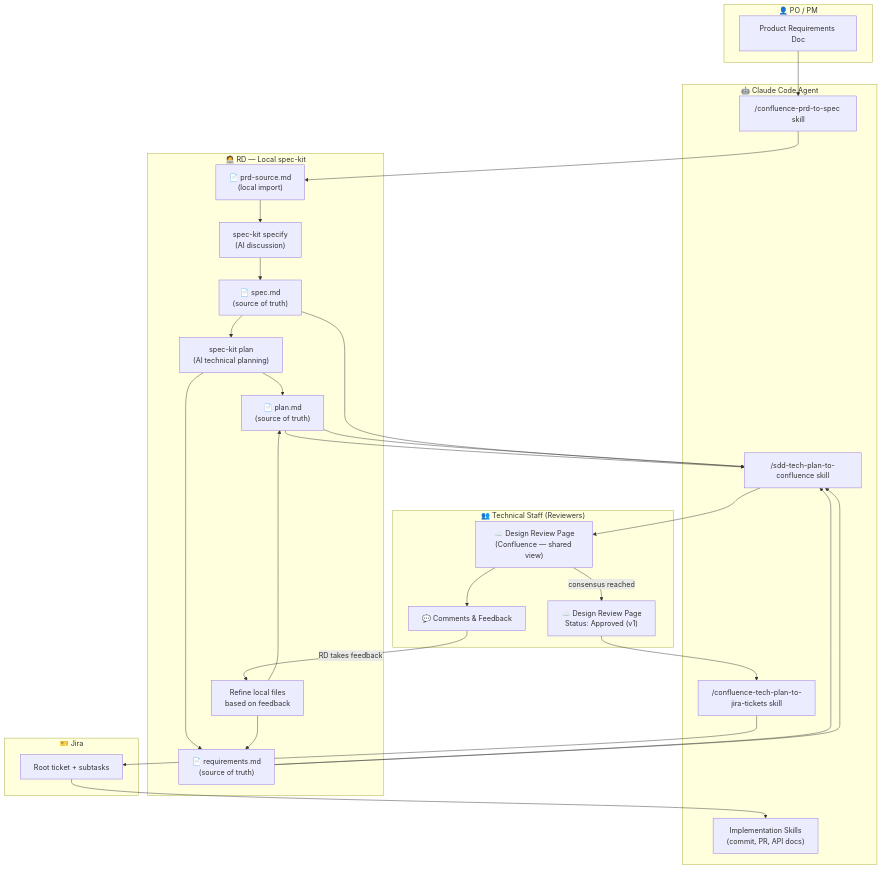
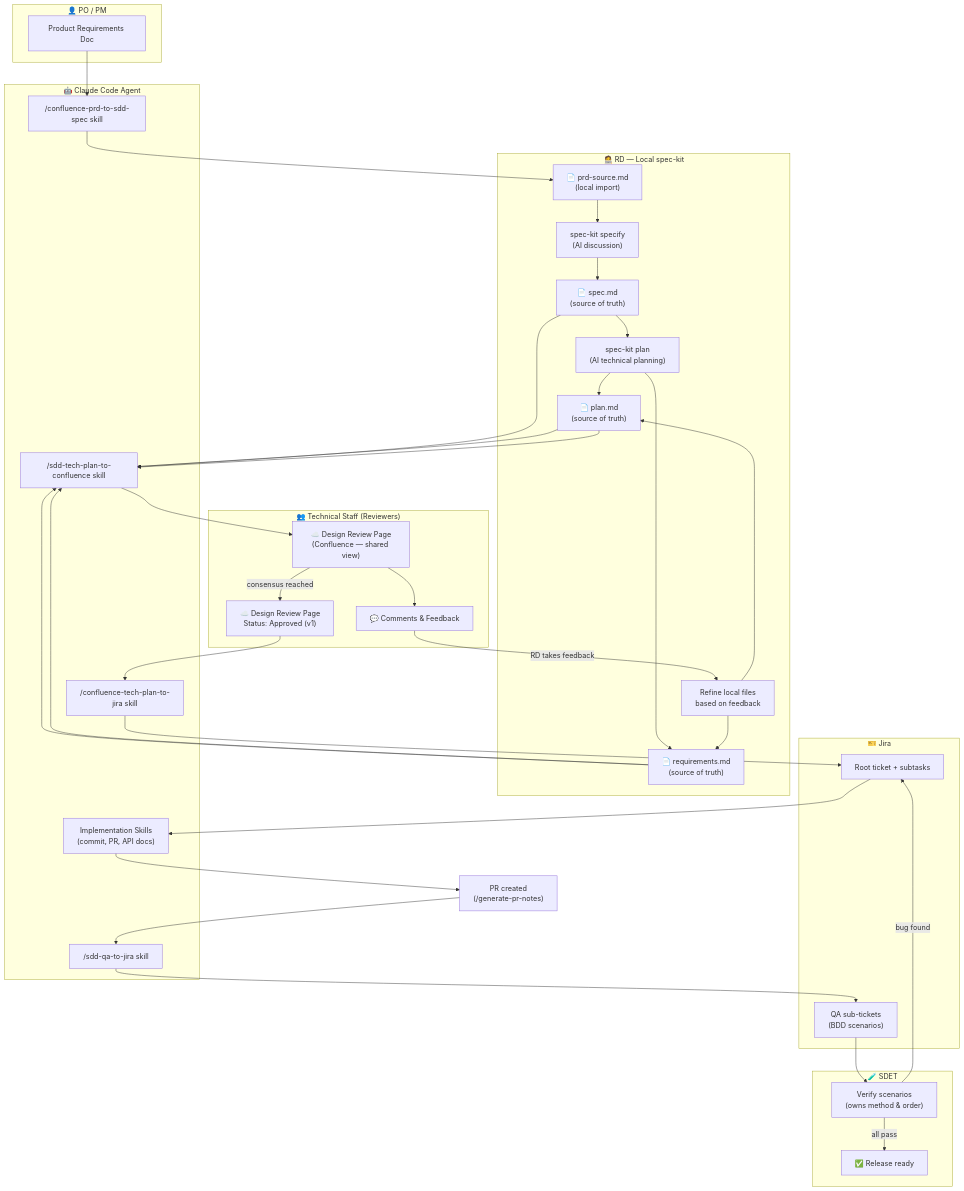
The first of 2 diagrams in docs/sdd-workflow-spec-kit-native.md (jamesyang124/agent-skills), drawn with Mermaid before and after one commit. The commit also changed other lines of this file and 10 other files, not shown here.

````diff
--- a/docs/sdd-workflow-spec-kit-native.md
+++ b/docs/sdd-workflow-spec-kit-native.md
@@ -46,11 +46,12 @@
     end
 
     subgraph "🤖 Claude Code Agent"
-        PRDIMPORT["/confluence-prd-to-spec skill"]
+        PRDIMPORT["/confluence-prd-to-sdd-spec skill"]
         P2W["/sdd-tech-plan-to-confluence skill"]
-        C2J["/confluence-tech-plan-to-jira-tickets skill"]
+        C2J["/confluence-tech-plan-to-jira skill"]
         IMPL["Implementation Skills
 (commit, PR, API docs)"]
+        QAGATE["/sdd-qa-to-jira skill"]
     end
 
     subgraph "👥 Technical Staff (Reviewers)"
@@ -63,6 +64,14 @@
 
     subgraph "🎫 Jira"
         TICKETS["Root ticket + subtasks"]
+        QATKT["QA sub-tickets
+(BDD scenarios)"]
+    end
+
+    subgraph "🧪 SDET"
+        SDETEXEC["Verify scenarios
+(owns method & order)"]
+        RELEASE["✅ Release ready"]
     end
 
     PRD --> PRDIMPORT
@@ -89,4 +98,11 @@
     APPROVED --> C2J
     C2J --> TICKETS
     TICKETS --> IMPL
+    IMPL --> PR["PR created
+(/generate-pr-notes)"]
+    PR --> QAGATE
+    QAGATE --> QATKT
+    QATKT --> SDETEXEC
+    SDETEXEC -->|"all pass"| RELEASE
+    SDETEXEC -->|"bug found"| TICKETS
 ```
````
